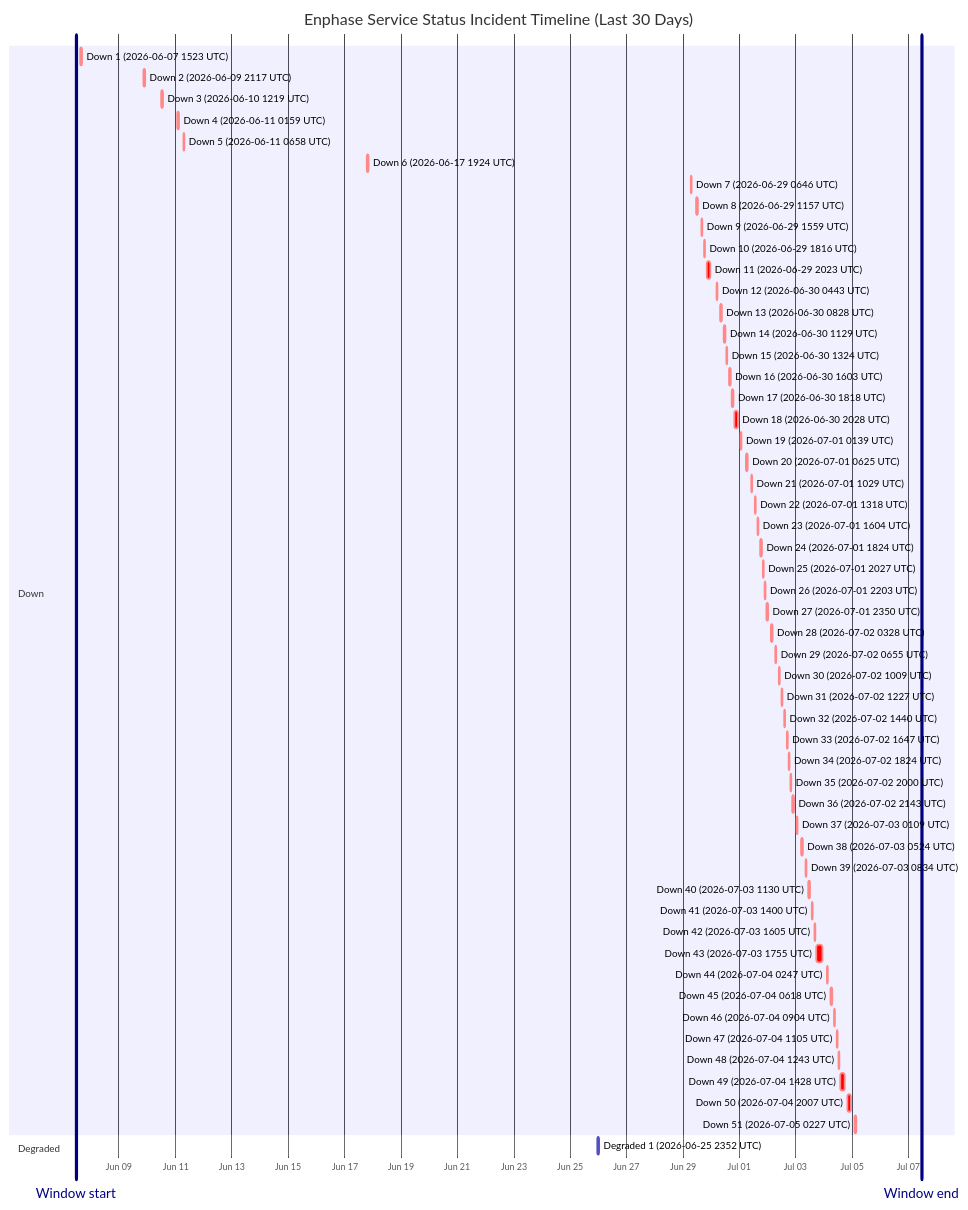
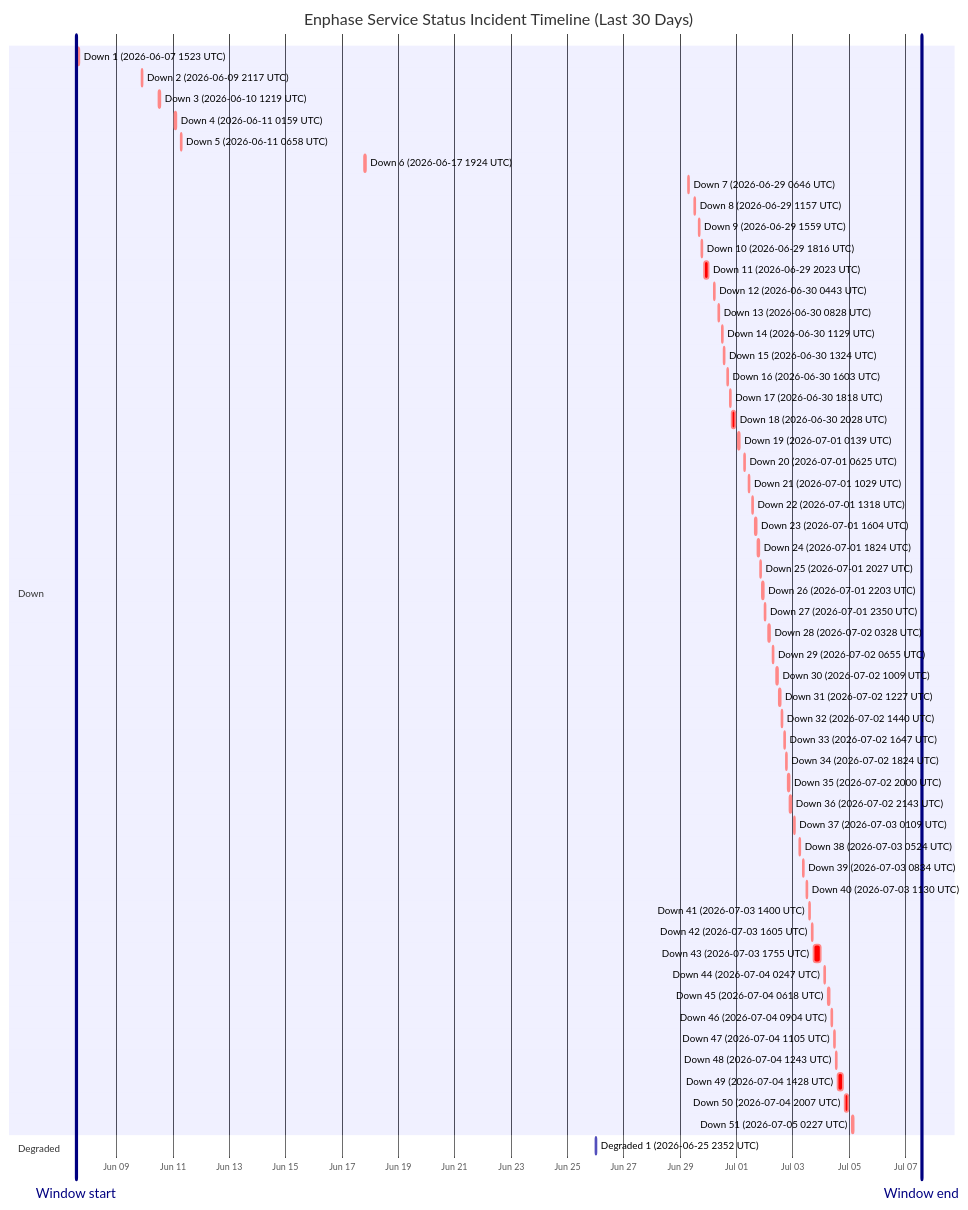
One commit to barneyonline/ha-enphase-energy changed the diagram in wiki/Service-Status-History.md. Above: the diagram before and after it, drawn with Mermaid. The commit also changed other lines of this file and 3 other files, not shown here.

````diff
--- a/wiki/Service-Status-History.md
+++ b/wiki/Service-Status-History.md
@@ -14,62 +14,62 @@
 ```mermaid
 gantt
     title Enphase Service Status Incident Timeline (Last 30 Days)
     dateFormat  YYYY-MM-DDTHH:mm:ss
     axisFormat  %b %d
-    Window start :vert, window-start, 2026-06-07T11:24:04, 0ms
-    Window end :vert, window-end, 2026-07-07T11:24:04, 0ms
+    Window start :vert, window-start, 2026-06-07T13:33:12, 0ms
+    Window end :vert, window-end, 2026-07-07T13:33:12, 0ms
     section Down
     Down 1 (2026-06-07 1523 UTC) :crit, down-1, 2026-06-07T15:23:22, 87m
     Down 2 (2026-06-09 2117 UTC) :crit, down-2, 2026-06-09T21:17:17, 60m
     Down 3 (2026-06-10 1219 UTC) :crit, down-3, 2026-06-10T12:19:21, 60m
     Down 4 (2026-06-11 0159 UTC) :crit, down-4, 2026-06-11T01:59:36, 60m
     Down 5 (2026-06-11 0658 UTC) :crit, down-5, 2026-06-11T06:58:45, 60m
     Down 6 (2026-06-17 1924 UTC) :crit, down-6, 2026-06-17T19:24:51, 60m
     Down 7 (2026-06-29 0646 UTC) :crit, down-7, 2026-06-29T06:46:18, 60m
     Down 8 (2026-06-29 1157 UTC) :crit, down-8, 2026-06-29T11:57:36, 60m
     Down 9 (2026-06-29 1559 UTC) :crit, down-9, 2026-06-29T15:59:02, 60m
     Down 10 (2026-06-29 1816 UTC) :crit, down-10, 2026-06-29T18:16:38, 60m
     Down 11 (2026-06-29 2023 UTC) :crit, down-11, 2026-06-29T20:23:16, 220m
     Down 12 (2026-06-30 0443 UTC) :crit, down-12, 2026-06-30T04:43:54, 60m
     Down 13 (2026-06-30 0828 UTC) :crit, down-13, 2026-06-30T08:28:43, 60m
     Down 14 (2026-06-30 1129 UTC) :crit, down-14, 2026-06-30T11:29:15, 60m
     Down 15 (2026-06-30 1324 UTC) :crit, down-15, 2026-06-30T13:24:25, 60m
     Down 16 (2026-06-30 1603 UTC) :crit, down-16, 2026-06-30T16:03:26, 60m
     Down 17 (2026-06-30 1818 UTC) :crit, down-17, 2026-06-30T18:18:39, 60m
     Down 18 (2026-06-30 2028 UTC) :crit, down-18, 2026-06-30T20:28:54, 171m
     Down 19 (2026-07-01 0139 UTC) :crit, down-19, 2026-07-01T01:39:18, 60m
     Down 20 (2026-07-01 0625 UTC) :crit, down-20, 2026-07-01T06:25:35, 60m
     Down 21 (2026-07-01 1029 UTC) :crit, down-21, 2026-07-01T10:29:24, 60m
     Down 22 (2026-07-01 1318 UTC) :crit, down-22, 2026-07-01T13:18:31, 60m
     Down 23 (2026-07-01 1604 UTC) :crit, down-23, 2026-07-01T16:04:29, 60m
     Down 24 (2026-07-01 1824 UTC) :crit, down-24, 2026-07-01T18:24:21, 60m
     Down 25 (2026-07-01 2027 UTC) :crit, down-25, 2026-07-01T20:27:17, 60m
     Down 26 (2026-07-01 2203 UTC) :crit, down-26, 2026-07-01T22:03:46, 60m
     Down 27 (2026-07-01 2350 UTC) :crit, down-27, 2026-07-01T23:50:52, 60m
     Down 28 (2026-07-02 0328 UTC) :crit, down-28, 2026-07-02T03:28:33, 60m
     Down 29 (2026-07-02 0655 UTC) :crit, down-29, 2026-07-02T06:55:07, 60m
     Down 30 (2026-07-02 1009 UTC) :crit, down-30, 2026-07-02T10:09:15, 60m
     Down 31 (2026-07-02 1227 UTC) :crit, down-31, 2026-07-02T12:27:49, 60m
     Down 32 (2026-07-02 1440 UTC) :crit, down-32, 2026-07-02T14:40:53, 60m
     Down 33 (2026-07-02 1647 UTC) :crit, down-33, 2026-07-02T16:47:47, 60m
     Down 34 (2026-07-02 1824 UTC) :crit, down-34, 2026-07-02T18:24:26, 60m
     Down 35 (2026-07-02 2000 UTC) :crit, down-35, 2026-07-02T20:00:57, 60m
     Down 36 (2026-07-02 2143 UTC) :crit, down-36, 2026-07-02T21:43:52, 80m
     Down 37 (2026-07-03 0109 UTC) :crit, down-37, 2026-07-03T01:09:19, 60m
     Down 38 (2026-07-03 0524 UTC) :crit, down-38, 2026-07-03T05:24:23, 60m
     Down 39 (2026-07-03 0834 UTC) :crit, down-39, 2026-07-03T08:34:05, 60m
     Down 40 (2026-07-03 1130 UTC) :crit, down-40, 2026-07-03T11:30:41, 60m
     Down 41 (2026-07-03 1400 UTC) :crit, down-41, 2026-07-03T14:00:48, 60m
     Down 42 (2026-07-03 1605 UTC) :crit, down-42, 2026-07-03T16:05:49, 60m
     Down 43 (2026-07-03 1755 UTC) :crit, down-43, 2026-07-03T17:55:54, 338m
     Down 44 (2026-07-04 0247 UTC) :crit, down-44, 2026-07-04T02:47:22, 60m
     Down 45 (2026-07-04 0618 UTC) :crit, down-45, 2026-07-04T06:18:09, 60m
     Down 46 (2026-07-04 0904 UTC) :crit, down-46, 2026-07-04T09:04:41, 60m
     Down 47 (2026-07-04 1105 UTC) :crit, down-47, 2026-07-04T11:05:21, 60m
     Down 48 (2026-07-04 1243 UTC) :crit, down-48, 2026-07-04T12:43:25, 60m
     Down 49 (2026-07-04 1428 UTC) :crit, down-49, 2026-07-04T14:28:07, 243m
     Down 50 (2026-07-04 2007 UTC) :crit, down-50, 2026-07-04T20:07:50, 206m
     Down 51 (2026-07-05 0227 UTC) :crit, down-51, 2026-07-05T02:27:32, 109m
     section Degraded
     Degraded 1 (2026-06-25 2352 UTC) :active, degraded-1, 2026-06-25T23:52:01, 60m
 ```
````
